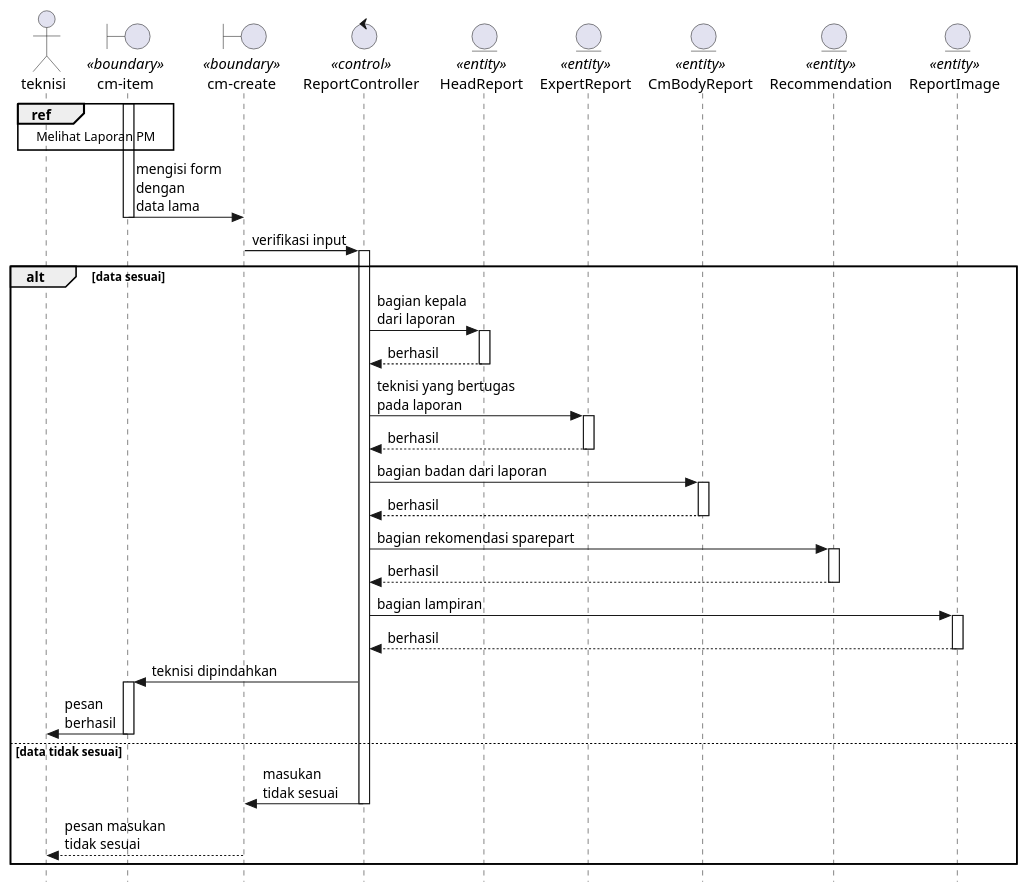
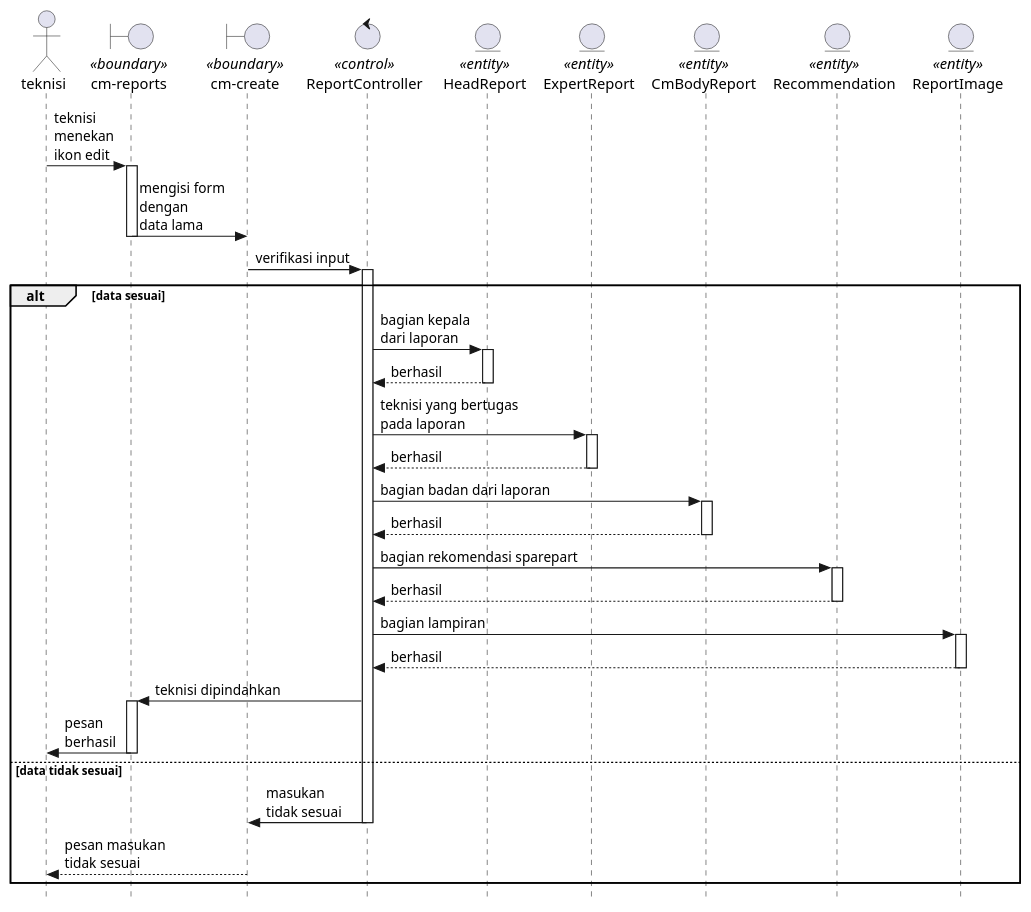
The third of 4 diagrams in Docs/diagrams/sequence/CmReport.plantuml (KPL-slur/eec-sifse-fixed), drawn with PlantUML before and after one commit. The commit also changed other lines of this file and 19 other files, not shown here.

```diff
--- a/Docs/diagrams/sequence/CmReport.plantuml
+++ b/Docs/diagrams/sequence/CmReport.plantuml
@@ -80,51 +77,50 @@
 @startuml editCM
 
 skinparam style strictuml
 
 actor teknisi
-boundary "cm-item" as cmItem <<boundary>>
+boundary "cm-reports" as cm <<boundary>>
 boundary "cm-create" as cmCreate <<boundary>>
 control ReportController <<control>>
 entity HeadReport <<entity>>
 entity ExpertReport <<entity>>
 entity CmBodyReport <<entity>>
 entity Recommendation <<entity>>
 entity ReportImage <<entity>>
 
-ref over teknisi, cmItem : Melihat Laporan PM
-
-activate cmItem
-cmItem -> cmCreate : mengisi form\ndengan\ndata lama
-    deactivate cmItem
+teknisi -> cm : teknisi\nmenekan\nikon edit
+    activate cm
+cm -> cmCreate : mengisi form\ndengan\ndata lama
+    deactivate cm
 cmCreate -> ReportController : verifikasi input
     activate ReportController
 
 alt data sesuai
     ReportController -> HeadReport : bagian kepala\ndari laporan
         activate HeadReport
         return berhasil
     ReportController -> ExpertReport : teknisi yang bertugas\npada laporan
         activate ExpertReport
         return berhasil
     ReportController -> CmBodyReport : bagian badan dari laporan
         activate CmBodyReport
         return berhasil
     ReportController -> Recommendation : bagian rekomendasi sparepart
         activate Recommendation
         return berhasil
     ReportController -> ReportImage : bagian lampiran
         activate ReportImage
         return berhasil
-    ReportController -> cmItem : teknisi dipindahkan
-        activate cmItem
-    cmItem -> teknisi : pesan\nberhasil
-        deactivate cmItem
+    ReportController -> cm : teknisi dipindahkan
+        activate cm
+    cm -> teknisi : pesan\nberhasil
+        deactivate cm
     
 else data tidak sesuai
     ReportController -> cmCreate : masukan\ntidak sesuai
         deactivate ReportController
     cmCreate --> teknisi : pesan masukan\ntidak sesuai
         deactivate cmCreate
 end
 
 @enduml
```
